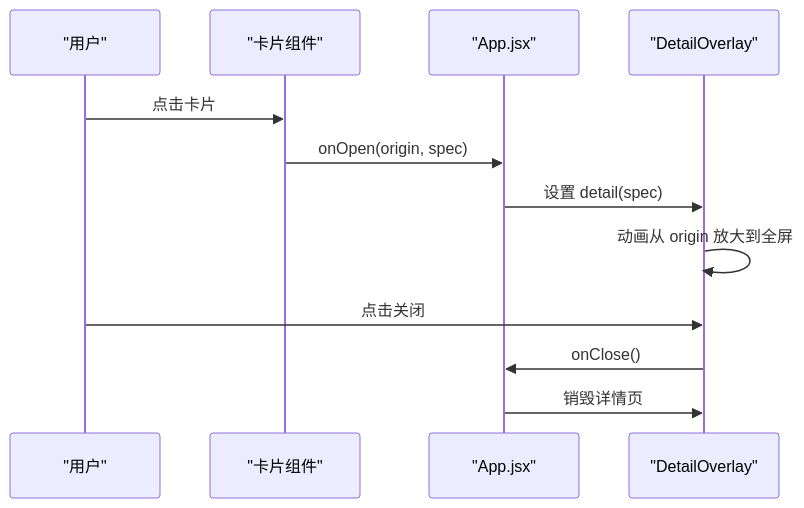
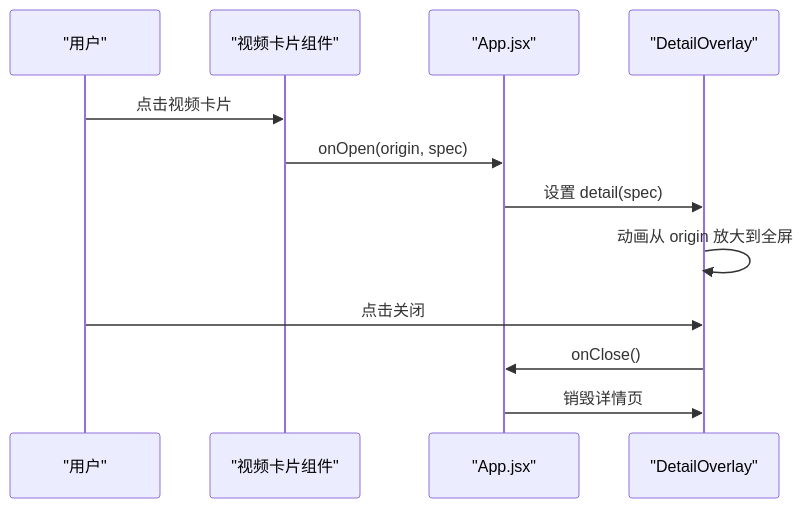
Before and after one commit to billye220670/newSquare: the second of 4 diagrams in .qoder/repowiki/zh/content/内容卡片系统/内容卡片系统.md, drawn with Mermaid. The commit also changed other lines of this file and 14 other files, not shown here.

````diff
--- a/.qoder/repowiki/zh/content/内容卡片系统/内容卡片系统.md
+++ b/.qoder/repowiki/zh/content/内容卡片系统/内容卡片系统.md
@@ -86,14 +96,14 @@
 ```mermaid
 sequenceDiagram
 participant U as "用户"
-participant C as "卡片组件"
+participant C as "视频卡片组件"
 participant A as "App.jsx"
 participant D as "DetailOverlay"
-U->>C : 点击卡片
+U->>C : 点击视频卡片
 C->>A : onOpen(origin, spec)
 A->>D : 设置 detail(spec)
 D->>D : 动画从 origin 放大到全屏
 U->>D : 点击关闭
 D->>A : onClose()
 A->>D : 销毁详情页
 ```
````
